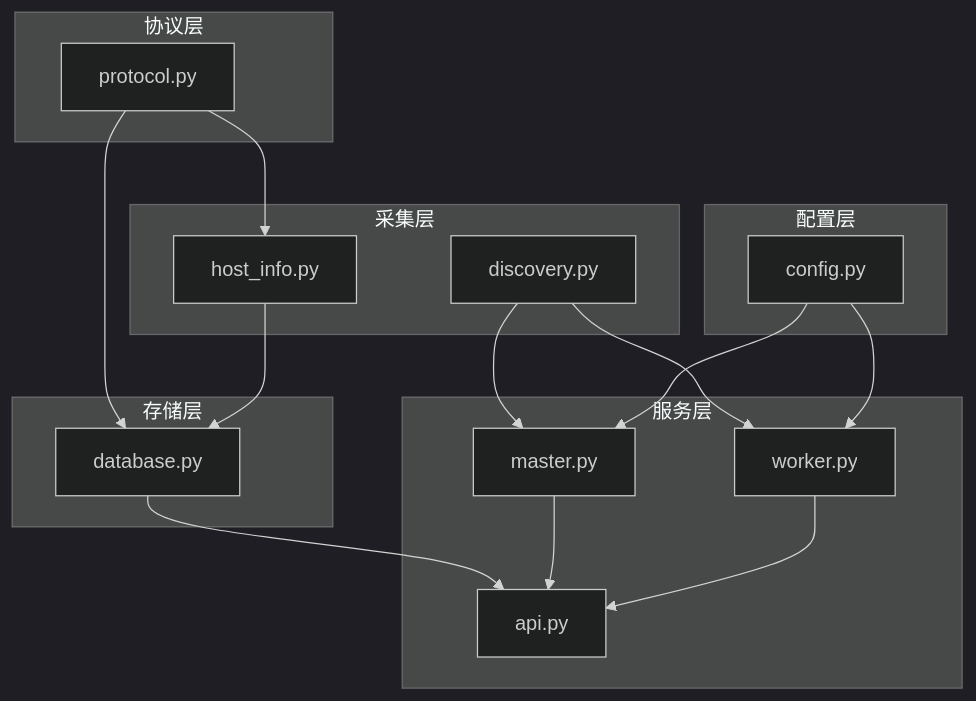
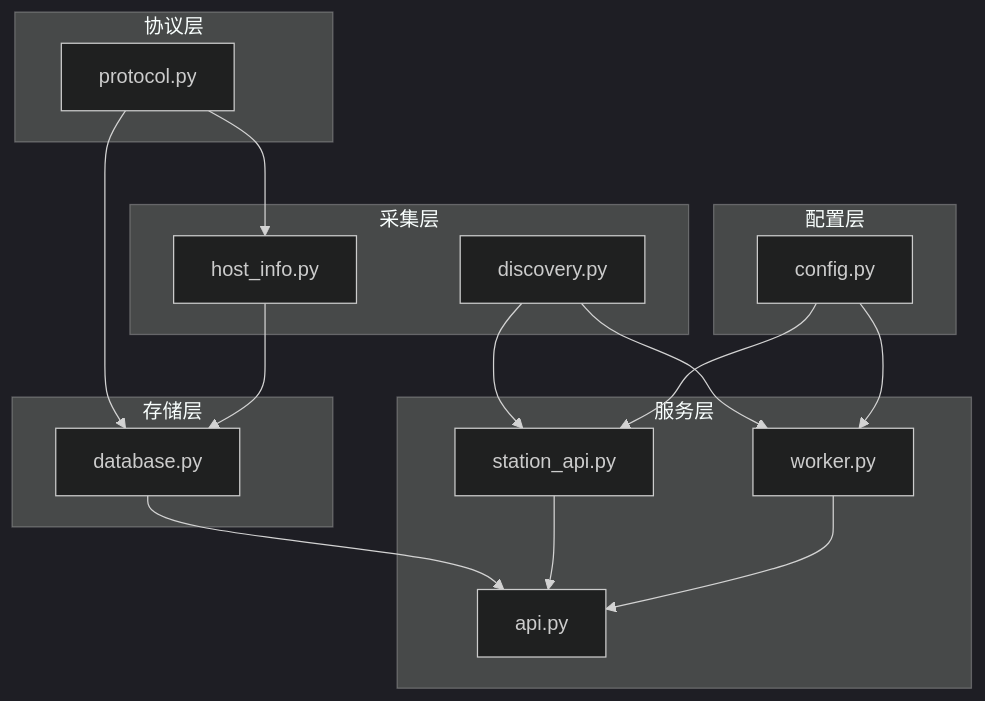
One commit to targalian/Personal-distributed-workstation changed the first of 6 diagrams in .qoder/repowiki/zh/content/API 参考手册/数据模型定义.md. Above: the diagram before and after it, drawn with Mermaid (dark theme). The commit also changed other lines of this file and 63 other files, not shown here.

Commit message:
docs(station): 同步 repo wiki 至 station_controller/station_api 架构

````diff
--- a/.qoder/repowiki/zh/content/API 参考手册/数据模型定义.md
+++ b/.qoder/repowiki/zh/content/API 参考手册/数据模型定义.md
@@ -38,31 +38,31 @@
 ```mermaid
 graph TB
 subgraph "协议层"
 Protocol[protocol.py]
 end
 subgraph "采集层"
 HostInfo[host_info.py]
 Discovery[discovery.py]
 end
 subgraph "存储层"
 Database[database.py]
 end
 subgraph "服务层"
 API[api.py]
-Master[master.py]
+Master[station_api.py]
 Worker[worker.py]
 end
 subgraph "配置层"
 Config[config.py]
 end
 Protocol --> HostInfo
 Protocol --> Database
 HostInfo --> Database
 Discovery --> Master
 Discovery --> Worker
 Database --> API
 Master --> API
 Worker --> API
 Config --> Master
 Config --> Worker
 ```
````
